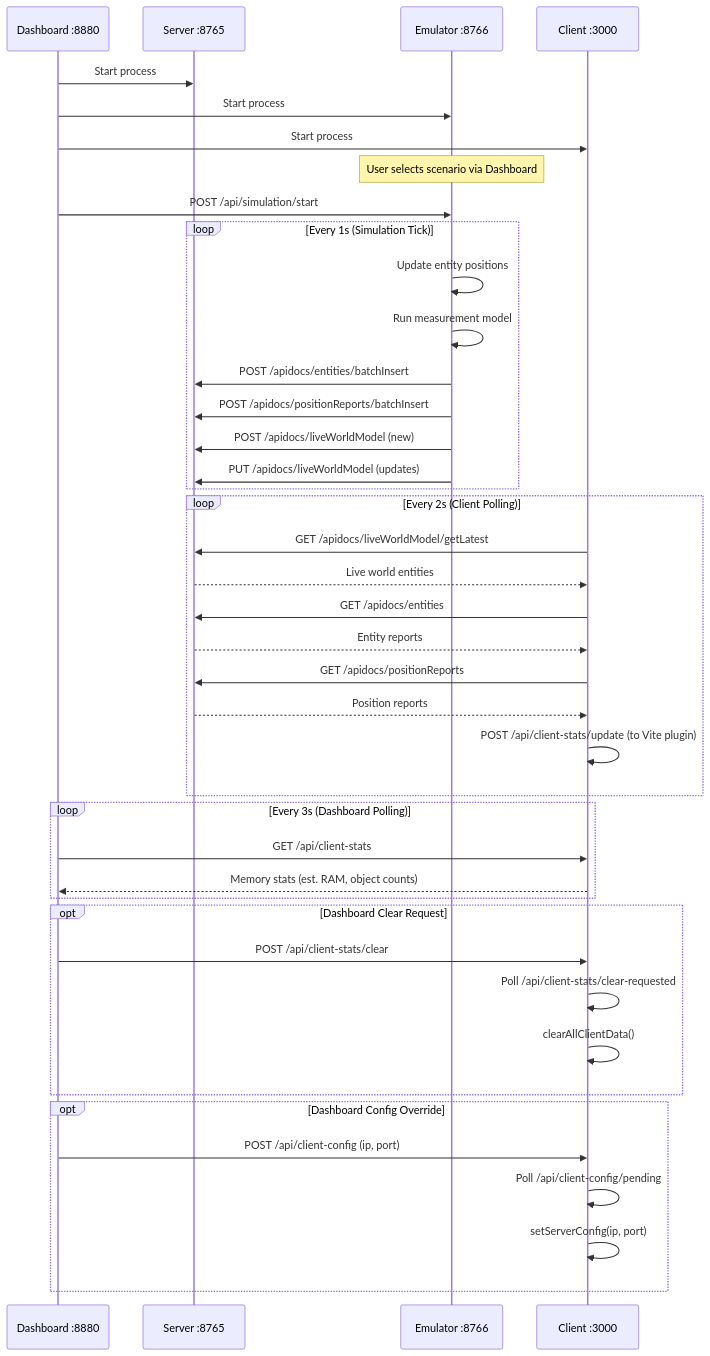
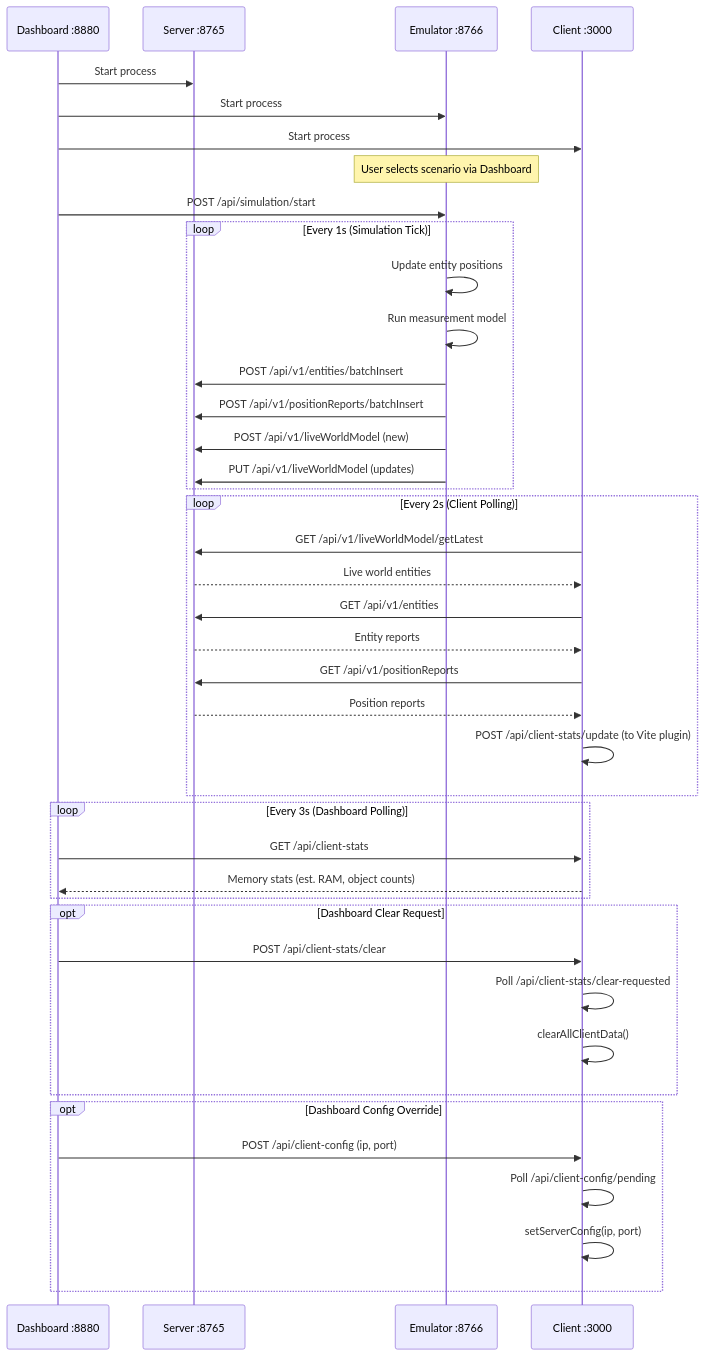
Before and after one commit to ericpauls/disco_workspace: the second of 2 diagrams in docs/system-architecture-diagram.md, drawn with Mermaid. The commit also changed 11 other files, not shown here.

````diff
--- a/docs/system-architecture-diagram.md
+++ b/docs/system-architecture-diagram.md
@@ -82,51 +82,51 @@
 ```mermaid
 sequenceDiagram
     participant D as Dashboard :8880
     participant S as Server :8765
     participant E as Emulator :8766
     participant C as Client :3000
 
     D->>S: Start process
     D->>E: Start process
     D->>C: Start process
 
     Note over E: User selects scenario via Dashboard
     D->>E: POST /api/simulation/start
 
     loop Every 1s (Simulation Tick)
         E->>E: Update entity positions
         E->>E: Run measurement model
 
-        E->>S: POST /apidocs/entities/batchInsert
-        E->>S: POST /apidocs/positionReports/batchInsert
-        E->>S: POST /apidocs/liveWorldModel (new)
-        E->>S: PUT /apidocs/liveWorldModel (updates)
+        E->>S: POST /api/v1/entities/batchInsert
+        E->>S: POST /api/v1/positionReports/batchInsert
+        E->>S: POST /api/v1/liveWorldModel (new)
+        E->>S: PUT /api/v1/liveWorldModel (updates)
     end
 
     loop Every 2s (Client Polling)
-        C->>S: GET /apidocs/liveWorldModel/getLatest
+        C->>S: GET /api/v1/liveWorldModel/getLatest
         S-->>C: Live world entities
-        C->>S: GET /apidocs/entities
+        C->>S: GET /api/v1/entities
         S-->>C: Entity reports
-        C->>S: GET /apidocs/positionReports
+        C->>S: GET /api/v1/positionReports
         S-->>C: Position reports
         C->>C: POST /api/client-stats/update (to Vite plugin)
     end
 
     loop Every 3s (Dashboard Polling)
         D->>C: GET /api/client-stats
         C-->>D: Memory stats (est. RAM, object counts)
     end
 
     opt Dashboard Clear Request
         D->>C: POST /api/client-stats/clear
         C->>C: Poll /api/client-stats/clear-requested
         C->>C: clearAllClientData()
     end
 
     opt Dashboard Config Override
         D->>C: POST /api/client-config (ip, port)
         C->>C: Poll /api/client-config/pending
         C->>C: setServerConfig(ip, port)
     end
 ```
````
